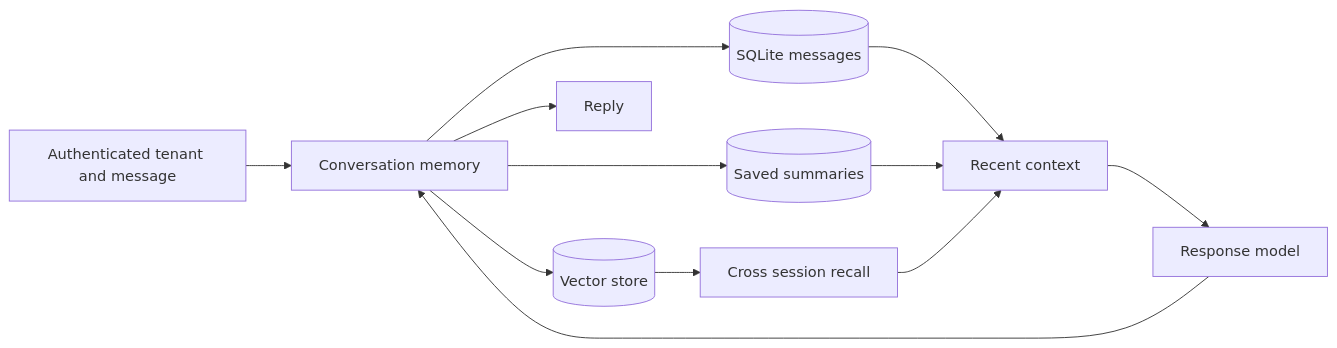
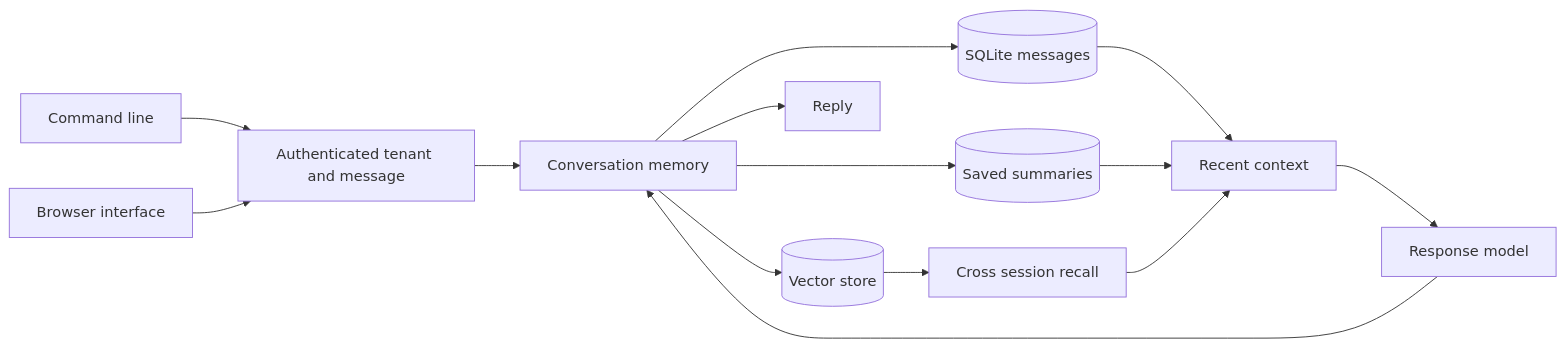
Before and after one commit to kh-bikash/persistent-conversation-agent: the diagram in README.md, drawn with Mermaid. The commit also changed other lines of this file and 11 other files, not shown here.

Commit message:
Ship runnable CLI and browser product

````diff
--- a/README.md
+++ b/README.md
@@ -39,14 +41,16 @@
 ```mermaid
 flowchart LR
+    CLI[Command line] --> User
+    Browser[Browser interface] --> User
     User[Authenticated tenant and message] --> Memory[Conversation memory]
     Memory --> Messages[(SQLite messages)]
     Memory --> Vectors[(Vector store)]
     Memory --> Summary[(Saved summaries)]
     Messages --> Context[Recent context]
     Vectors --> Recall[Cross session recall]
     Summary --> Context
     Recall --> Context
     Context --> LLM[Response model]
     LLM --> Memory
     Memory --> Reply[Reply]
 ```
````
